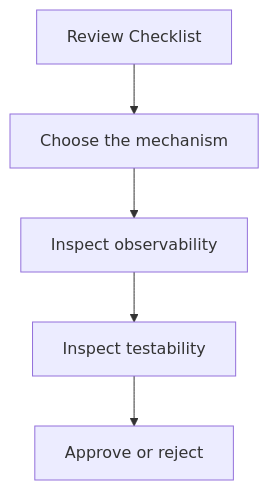
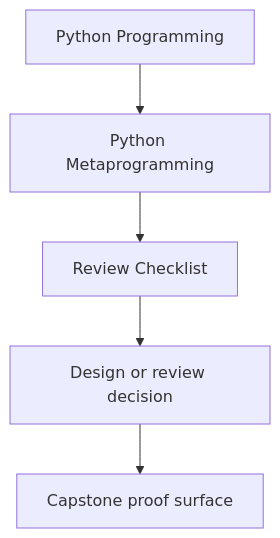
One commit to bijux/bijux-masterclass changed the first of 2 diagrams in programs/python-programming/python-meta-programming/course-book/reference/review-checklist.md. Above: the diagram before and after it, drawn with Mermaid. The commit also changed other lines of this file and 15 other files, not shown here.

Commit message:
docs(python-meta-programming): sharpen guide and reference diagrams

````diff
--- a/programs/python-programming/python-meta-programming/course-book/reference/review-checklist.md
+++ b/programs/python-programming/python-meta-programming/course-book/reference/review-checklist.md
@@ -6,10 +6,7 @@
 ```mermaid
-graph TD
-  review["Review Checklist"]
-  choose["Choose the mechanism"]
-  inspect["Inspect observability"]
-  test["Inspect testability"]
-  approve["Approve or reject"]
-
-  review --> choose --> inspect --> test --> approve
+flowchart TD
+  family["Python Programming"] --> program["Python Metaprogramming"]
+  program --> reference["Review Checklist"]
+  reference --> review["Design or review decision"]
+  review --> capstone["Capstone proof surface"]
 ```
````
